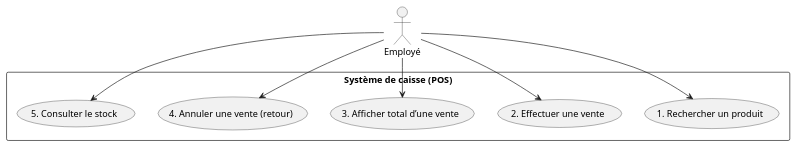
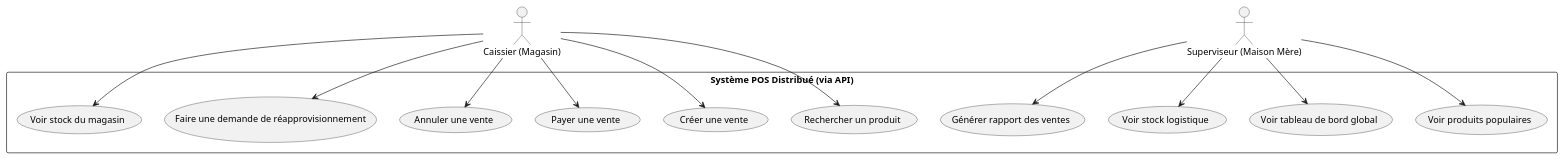
The diagram in docs/VueCasUtilisation.puml (tahabeniffou/LOG430_Lab0_TB), drawn with PlantUML before and after one commit.

```diff
--- a/docs/VueCasUtilisation.puml
+++ b/docs/VueCasUtilisation.puml
@@ -1,21 +1,29 @@
-@startuml VueCasUtilisationPOS_Vertical
+@startuml
+actor "Caissier (Magasin)" as Caissier
+actor "Superviseur (Maison Mère)" as Superviseur
 
-actor "Employé" as Emp
-
-rectangle "Système de caisse (POS)" {
-
-  usecase UC1 as "1. Rechercher un produit"
-  usecase UC2 as "2. Effectuer une vente"
-  usecase UC5 as "3. Afficher total d’une vente"
-  usecase UC3 as "4. Annuler une vente (retour)"
-  usecase UC4 as "5. Consulter le stock"
-
+rectangle "Système POS Distribué (via API)" {
+  usecase "Rechercher un produit"
+  usecase "Créer une vente"
+  usecase "Payer une vente"
+  usecase "Annuler une vente"
+  usecase "Faire une demande de réapprovisionnement"
+  usecase "Voir stock du magasin"
+  usecase "Voir stock logistique"
+  usecase "Générer rapport des ventes"
+  usecase "Voir produits populaires"
+  usecase "Voir tableau de bord global"
 }
 
-Emp --> UC1
-Emp --> UC2
-Emp --> UC5
-Emp --> UC3
-Emp --> UC4
+Caissier --> "Rechercher un produit"
+Caissier --> "Créer une vente"
+Caissier --> "Payer une vente"
+Caissier --> "Annuler une vente"
+Caissier --> "Faire une demande de réapprovisionnement"
+Caissier --> "Voir stock du magasin"
 
+Superviseur --> "Générer rapport des ventes"
+Superviseur --> "Voir produits populaires"
+Superviseur --> "Voir tableau de bord global"
+Superviseur --> "Voir stock logistique"
 @enduml
```
